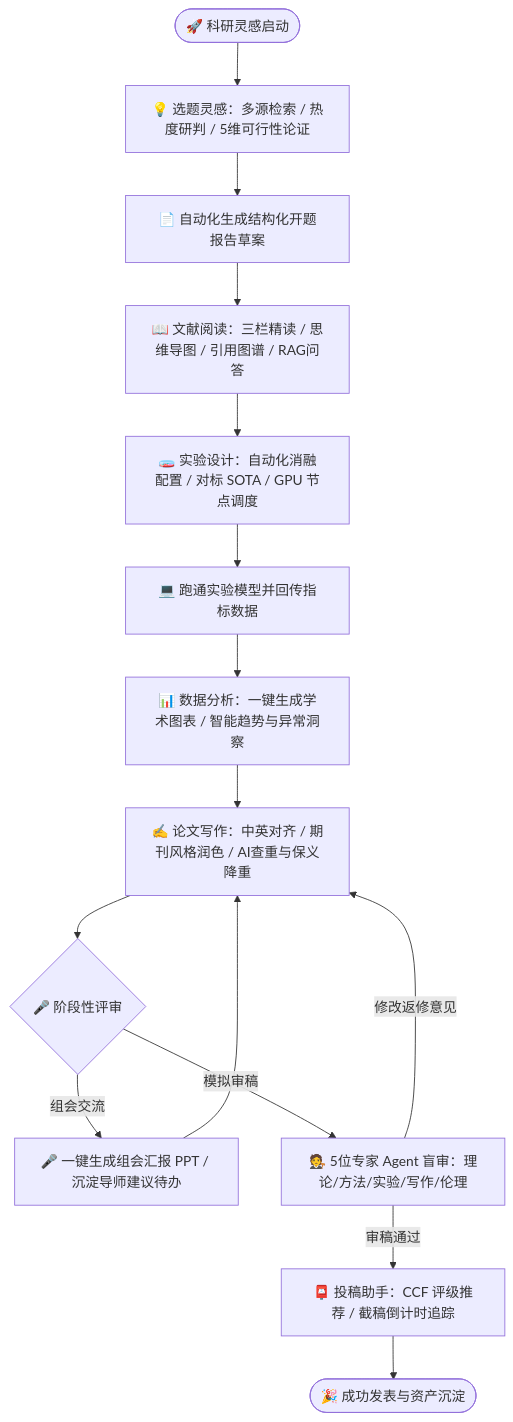
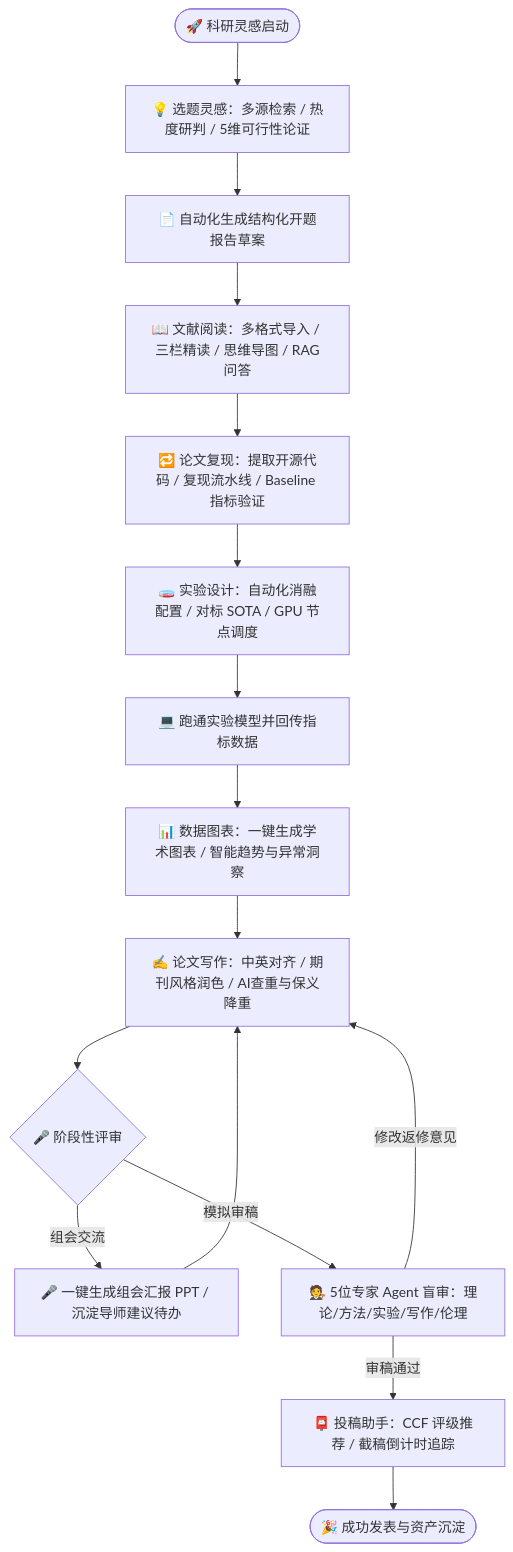
One commit to wyxpro/ScienceX changed the diagram in README.md. Above: the diagram before and after it, drawn with Mermaid. The commit also changed other lines of this file, not shown here.

Commit message:
docs: README 全面更新——补充官网宣传页/论文复现/灵犀引擎/多格式解析/签名认证/移动端适配与最新目录结构与 API 清单

````diff
--- a/README.md
+++ b/README.md
@@ -161,22 +203,23 @@
 ```mermaid
 flowchart TD
     Start([🚀 科研灵感启动]) --> Topic[💡 选题灵感：多源检索 / 热度研判 / 5维可行性论证]
     Topic --> Proposal[📄 自动化生成结构化开题报告草案]
-    Proposal --> Read[📖 文献阅读：三栏精读 / 思维导图 / 引用图谱 / RAG问答]
-    
-    Read --> Design[🧫 实验设计：自动化消融配置 / 对标 SOTA / GPU 节点调度]
+    Proposal --> Read[📖 文献阅读：多格式导入 / 三栏精读 / 思维导图 / RAG问答]
+
+    Read --> Reproduce[🔁 论文复现：提取开源代码 / 复现流水线 / Baseline 指标验证]
+    Reproduce --> Design[🧫 实验设计：自动化消融配置 / 对标 SOTA / GPU 节点调度]
     Design --> RunExp[💻 跑通实验模型并回传指标数据]
-    
-    RunExp --> Analysis[📊 数据分析：一键生成学术图表 / 智能趋势与异常洞察]
+
+    RunExp --> Analysis[📊 数据图表：一键生成学术图表 / 智能趋势与异常洞察]
     Analysis --> Writing[✍️ 论文写作：中英对齐 / 期刊风格润色 / AI查重与保义降重]
-    
+
     Writing --> InternalReview{🎤 阶段性评审}
     InternalReview -->|组会交流| Deck[🎤 一键生成组会汇报 PPT / 沉淀导师建议待办]
     InternalReview -->|模拟审稿| Council[🧑‍⚖️ 5位专家 Agent 盲审：理论/方法/实验/写作/伦理]
-    
+
     Deck --> Writing
     Council -->|修改返修意见| Writing
     Council -->|审稿通过| Submission[📮 投稿助手：CCF 评级推荐 / 截稿倒计时追踪]
-    
+
     Submission --> Published([🎉 成功发表与资产沉淀])
 ```
````
